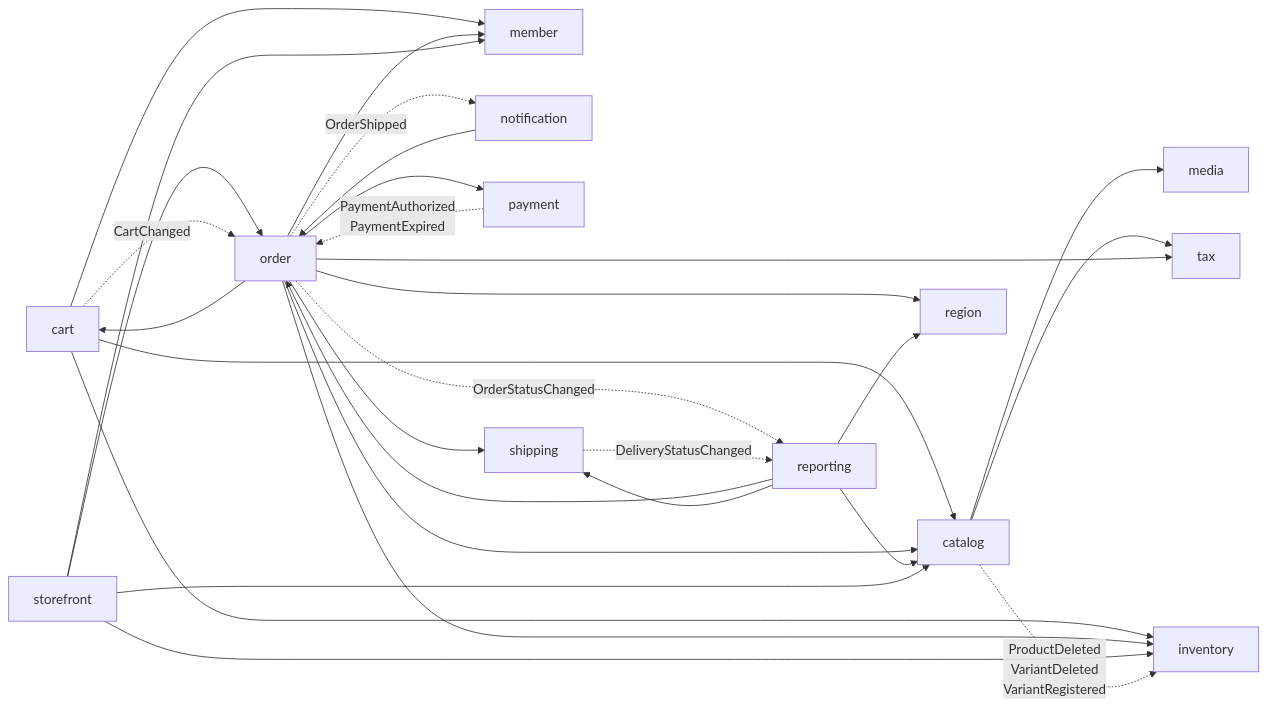
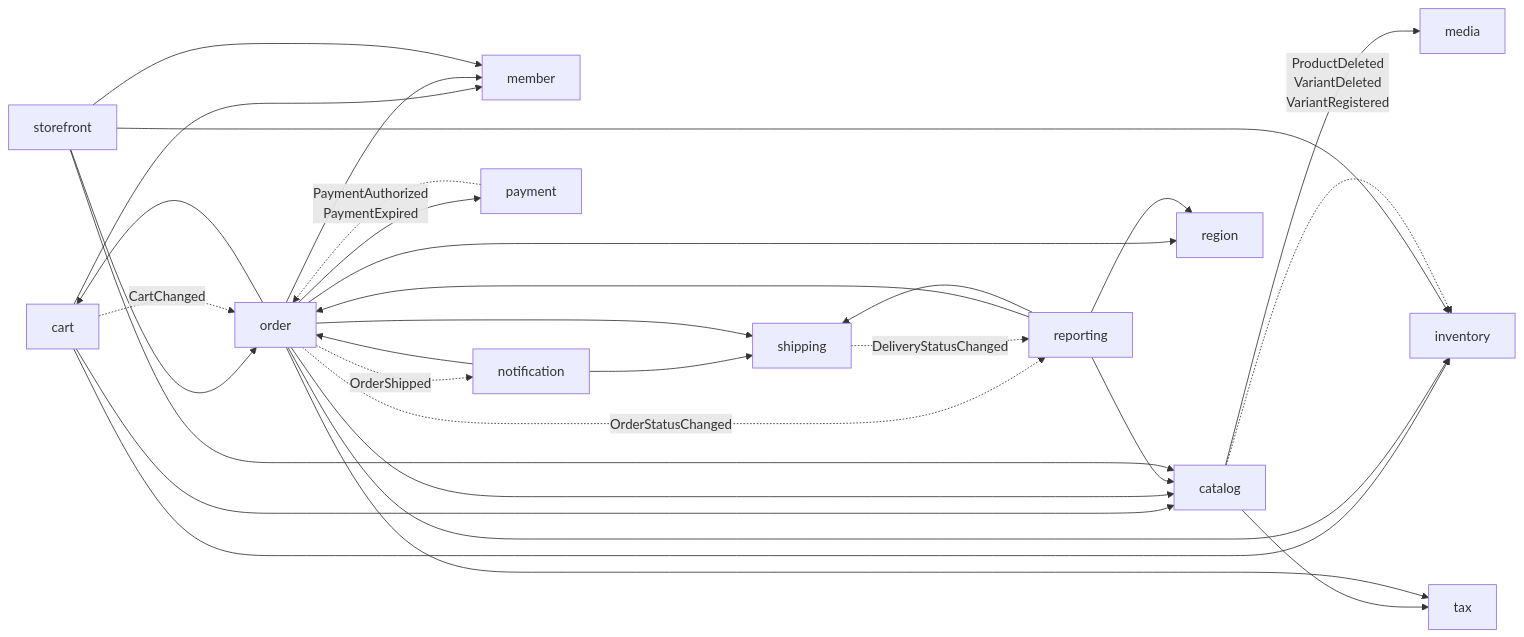
Before and after one commit to roger88106/ec-site: the first of 2 diagrams in docs/design/overview.md, drawn with Mermaid. The commit also changed 12 other files, not shown here.

````diff
--- a/docs/design/overview.md
+++ b/docs/design/overview.md
@@ -14,44 +14,45 @@
 ```mermaid
 flowchart LR
     cart
     catalog
     inventory
     media
     member
     notification
     order
     payment
     region
     reporting
     shipping
     storefront
     tax
     cart --> catalog
     cart --> inventory
     cart --> member
     catalog --> media
     catalog --> tax
     notification --> order
+    notification --> shipping
     order --> cart
     order --> catalog
     order --> inventory
     order --> member
     order --> payment
     order --> region
     order --> shipping
     order --> tax
     reporting --> catalog
     reporting --> order
     reporting --> region
     reporting --> shipping
     storefront --> catalog
     storefront --> inventory
     storefront --> member
     storefront --> order
     cart -. CartChanged .-> order
     catalog -. ProductDeleted<br>VariantDeleted<br>VariantRegistered .-> inventory
     order -. OrderShipped .-> notification
     order -. OrderStatusChanged .-> reporting
     payment -. PaymentAuthorized<br>PaymentExpired .-> order
     shipping -. DeliveryStatusChanged .-> reporting
 ```
````
